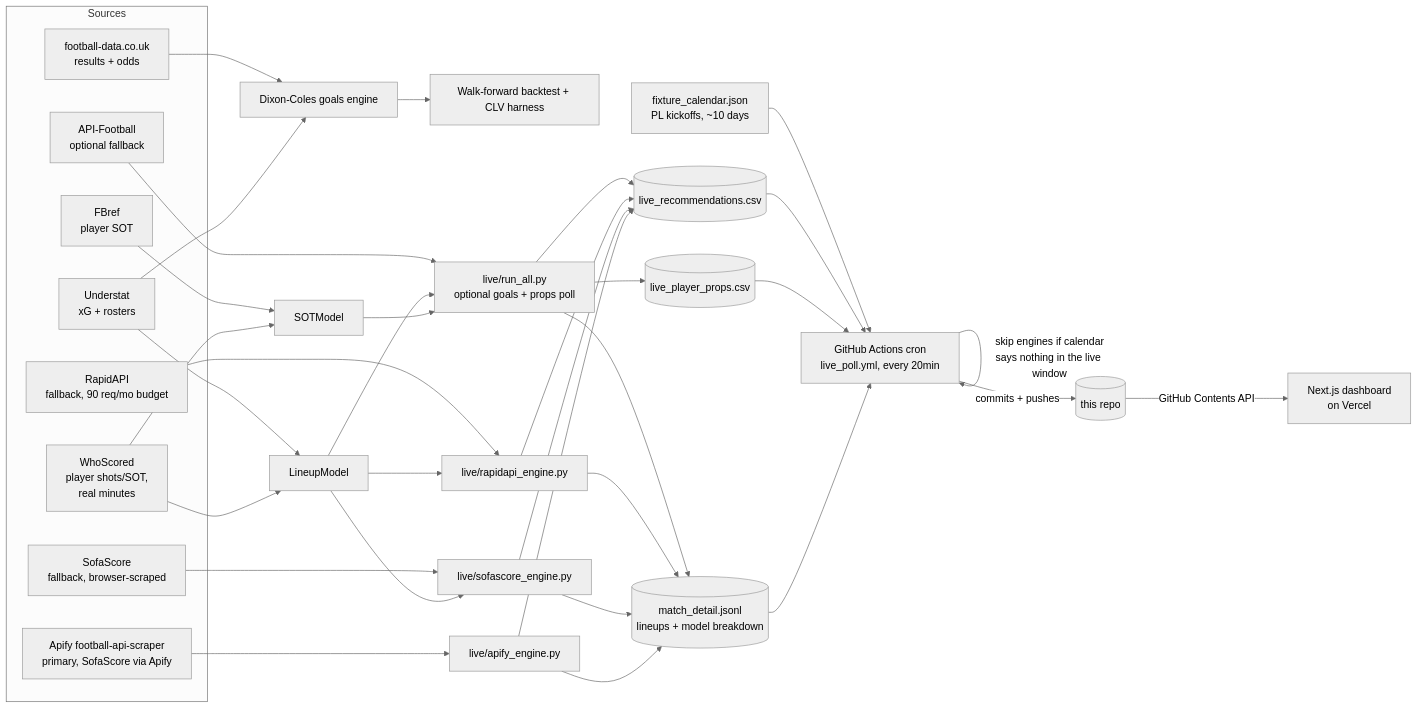
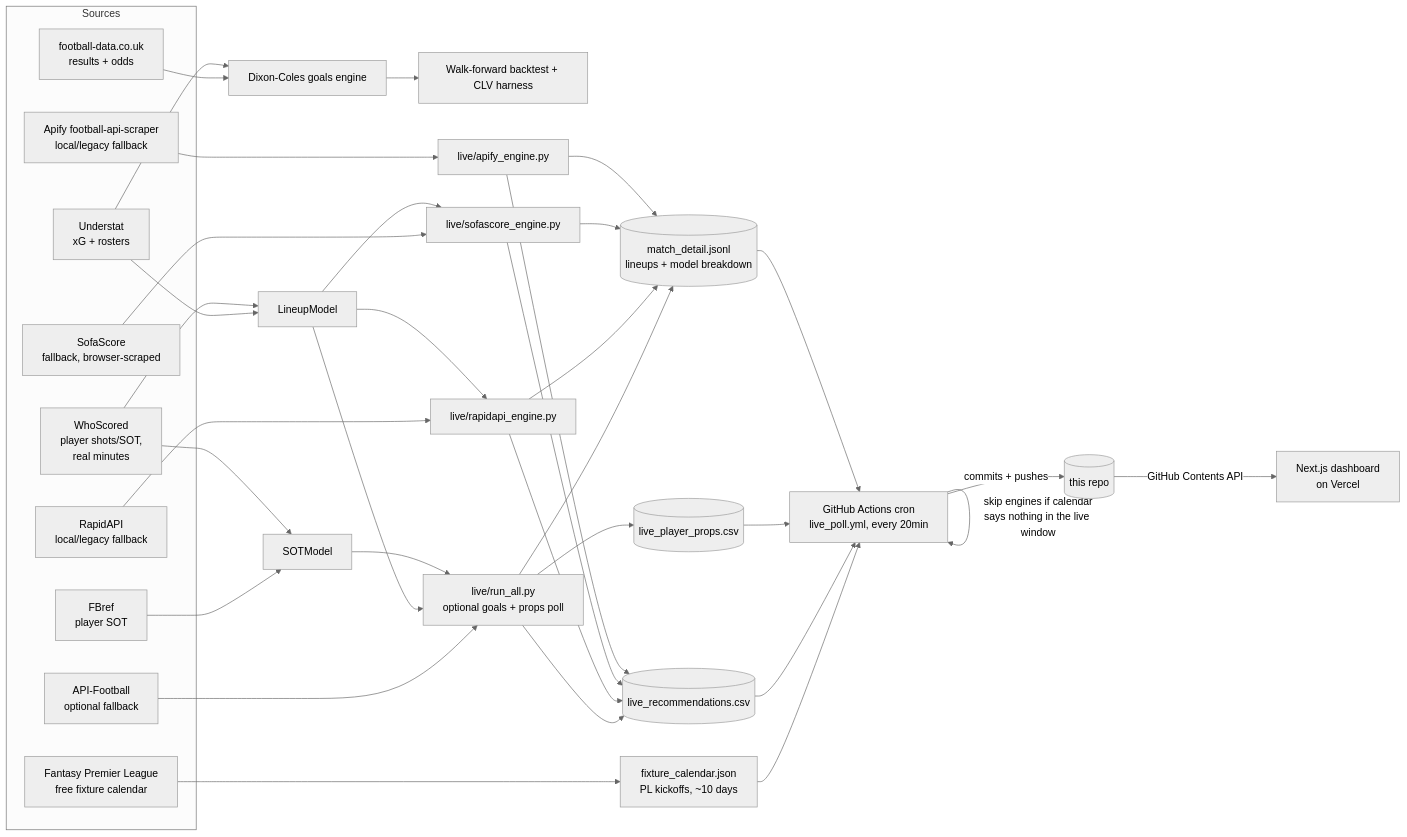
Before and after one commit to tanamsethi31/footymodel: the diagram in README.md, drawn with Mermaid (neutral theme). The commit also changed other lines of this file and 10 other files, not shown here.

Commit message:
Switch live poll to free fixture sources

````diff
--- a/README.md
+++ b/README.md
@@ -72,50 +72,52 @@
 ```mermaid
 flowchart LR
     subgraph Sources
         FD[football-data.co.uk<br/>results + odds]
         US[Understat<br/>xG + rosters]
         FB[FBref<br/>player SOT]
         WS[WhoScored<br/>player shots/SOT,<br/>real minutes]
-        AP[Apify football-api-scraper<br/>primary, SofaScore via Apify]
-        RA2[RapidAPI<br/>fallback, 90 req/mo budget]
+        FPL[Fantasy Premier League<br/>free fixture calendar]
+        AP[Apify football-api-scraper<br/>local/legacy fallback]
+        RA2[RapidAPI<br/>local/legacy fallback]
         AF[API-Football<br/>optional fallback]
         SS[SofaScore<br/>fallback, browser-scraped]
     end
 
     FD --> DC[Dixon-Coles goals engine]
     US --> DC
     DC --> BT[Walk-forward backtest + CLV harness]
 
     US --> LM[LineupModel]
     WS --> LM
     FB --> SM[SOTModel]
     WS --> SM
 
+    FPL --> CAL
     AP --> APE[live/apify_engine.py]
     AF --> RUN[live/run_all.py<br/>optional goals + props poll]
     RA2 --> RAE[live/rapidapi_engine.py]
     SS --> SSE[live/sofascore_engine.py]
     LM --> RUN
     LM --> RAE
     LM --> SSE
     SM --> RUN
 
     RUN --> LOG1[(live_recommendations.csv)]
     RUN --> LOG2[(live_player_props.csv)]
     RAE --> LOG1
     SSE --> LOG1
     APE --> LOG1
     RUN --> LOG3[(match_detail.jsonl<br/>lineups + model breakdown)]
     RAE --> LOG3
     SSE --> LOG3
     APE --> LOG3
     CAL[fixture_calendar.json<br/>PL kickoffs, ~10 days]
 
     CAL --> GH[GitHub Actions cron<br/>live_poll.yml, every 20min]
     LOG1 --> GH
     LOG2 --> GH
     LOG3 --> GH
     GH -- skip engines if calendar<br/>says nothing in the live window --> GH
     GH -- commits + pushes --> REPO[(this repo)]
     REPO -- GitHub Contents API --> DASH[Next.js dashboard<br/>on Vercel]
 ```
````
